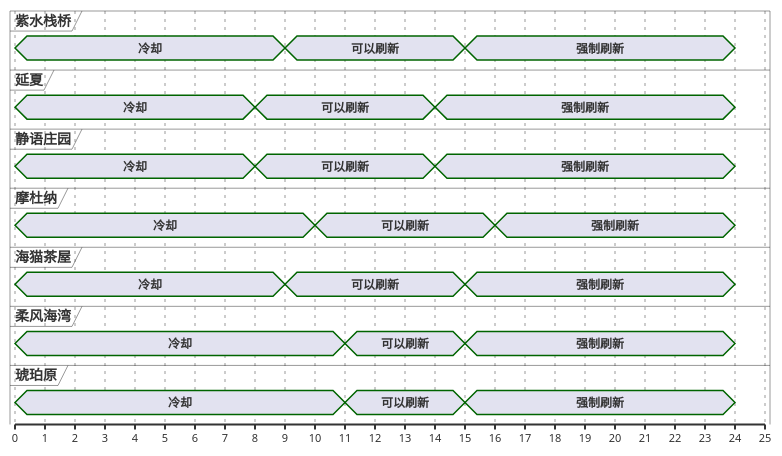
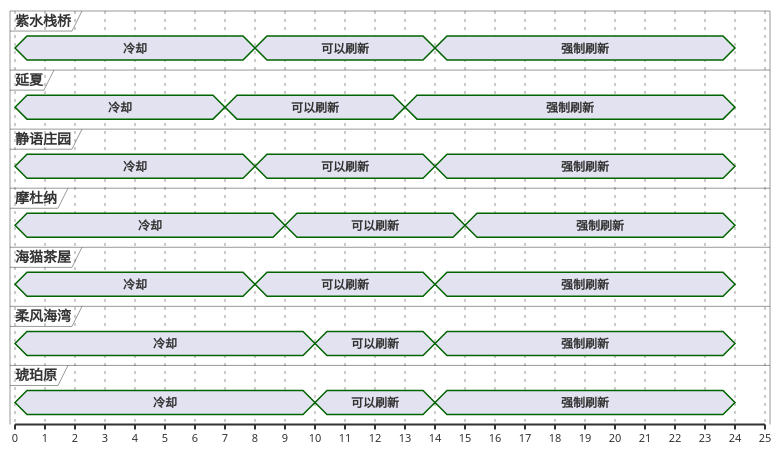
Before and after one commit to Eroleice/doc-pi: the third of 13 diagrams in ffxiv/hunt/2.0/Minhocao.md, drawn with PlantUML. The commit also changed other lines of this file and 38 other files, not shown here.

````diff
--- a/ffxiv/hunt/2.0/Minhocao.md
+++ b/ffxiv/hunt/2.0/Minhocao.md
@@ -165,56 +165,56 @@
 ```plantuml
 @startuml
 scale 1 as 30 pixels
 
 concise 紫水栈桥
 concise 延夏
 concise 静语庄园
 concise 摩杜纳
 concise 海猫茶屋
 concise 柔风海湾
 concise 琥珀原
 
 @延夏
 0 is 冷却
-8 is 可以刷新
-14 is 强制刷新
+7 is 可以刷新
+13 is 强制刷新
 24 is {hidden}
 
 @静语庄园
 0 is 冷却
 8 is 可以刷新
 14 is 强制刷新
 24 is {hidden}
 
 @柔风海湾
 0 is 冷却
-11 is 可以刷新
-15 is 强制刷新
+10 is 可以刷新
+14 is 强制刷新
 24 is {hidden}
 
 @琥珀原
 0 is 冷却
-11 is 可以刷新
-15 is 强制刷新
+10 is 可以刷新
+14 is 强制刷新
 24 is {hidden}
 
 @海猫茶屋
+0 is 冷却
+8 is 可以刷新
+14 is 强制刷新
+24 is {hidden}
+
+@紫水栈桥
+0 is 冷却
+8 is 可以刷新
+14 is 强制刷新
+24 is {hidden}
+
+@摩杜纳
 0 is 冷却
 9 is 可以刷新
 15 is 强制刷新
 24 is {hidden}
 
-@紫水栈桥
-0 is 冷却
-9 is 可以刷新
-15 is 强制刷新
-24 is {hidden}
-
-@摩杜纳
-0 is 冷却
-10 is 可以刷新
-16 is 强制刷新
-24 is {hidden}
-
 @enduml
 ```
````
